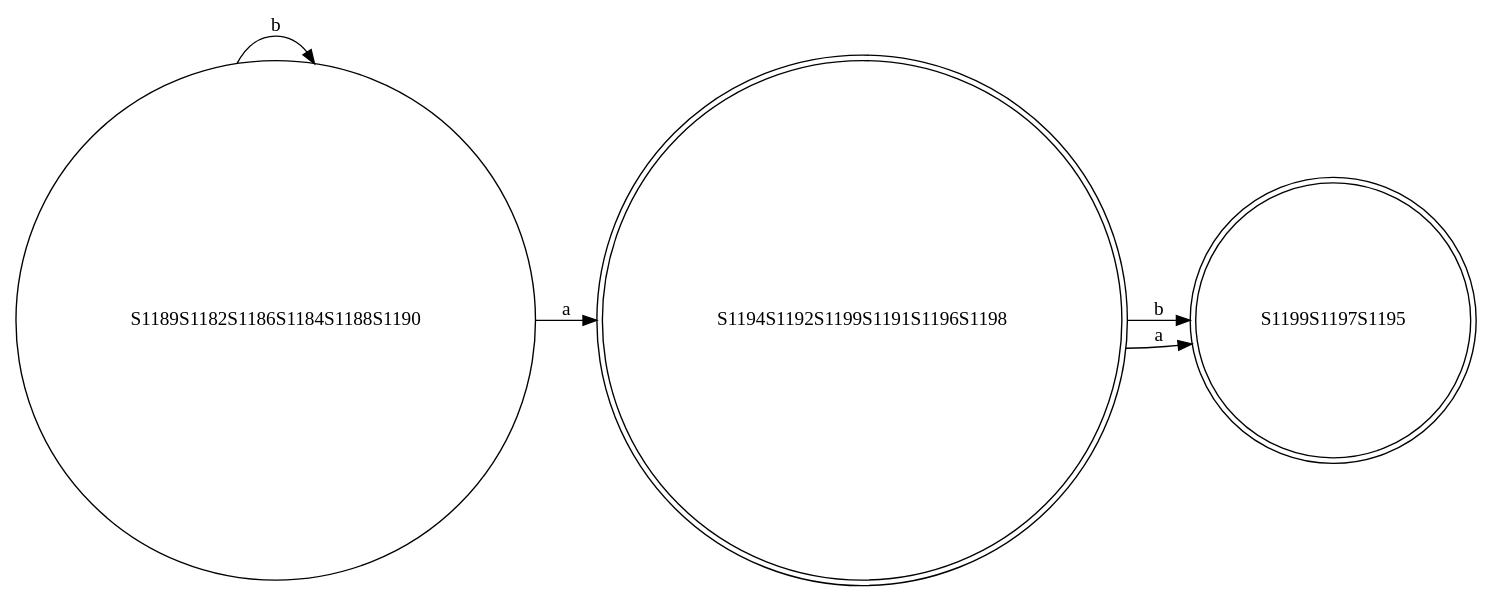
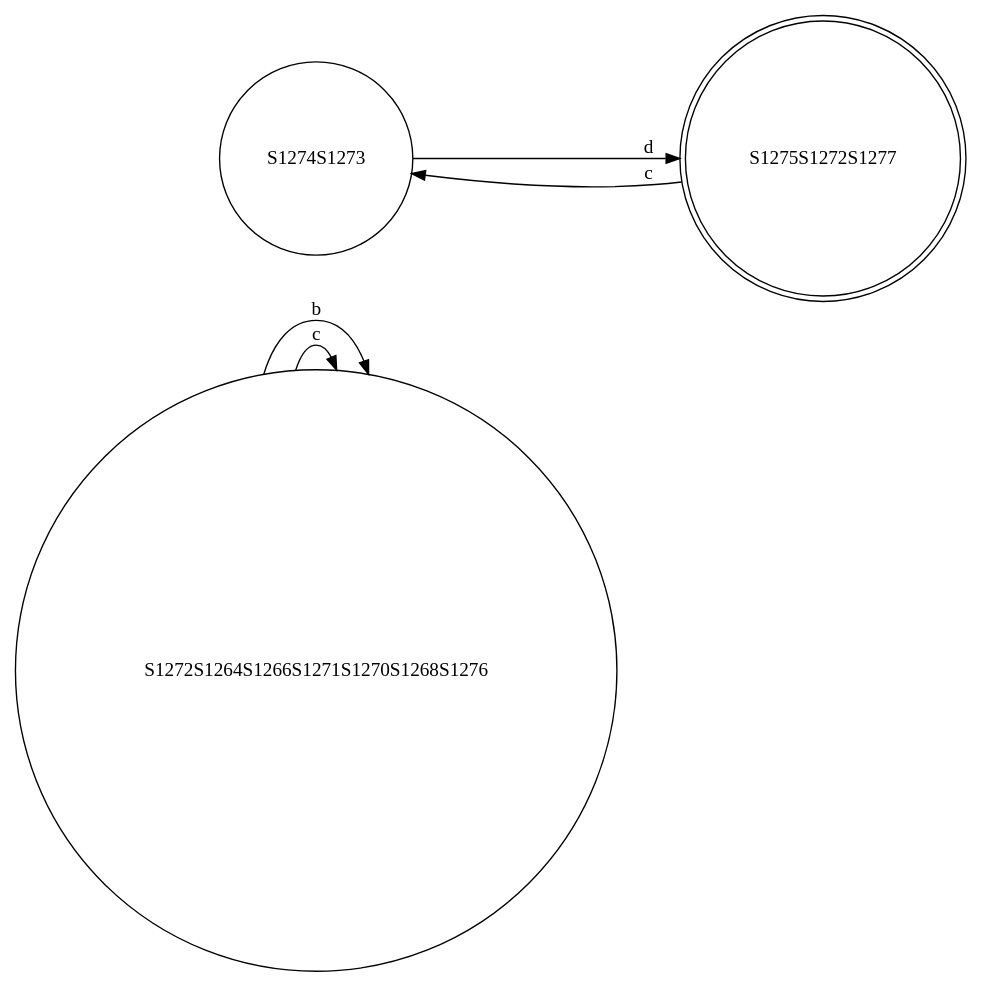
Before and after one commit to abdelazizSalah/RegExp_NFA_DFA_DFAMinimization: the diagram in finalCode/test-output/minimizedDFA.gv, drawn with Graphviz. The commit also changed 6 other files, not shown here.

```diff
--- a/finalCode/test-output/minimizedDFA.gv
+++ b/finalCode/test-output/minimizedDFA.gv
@@ -1,11 +1,11 @@
 // Minimized DFA graph
 digraph {
 	graph [rankdir=LR]
-	S1189S1182S1186S1184S1188S1190 [label=S1189S1182S1186S1184S1188S1190 shape=circle]
-	S1189S1182S1186S1184S1188S1190 -> S1194S1192S1199S1191S1196S1198 [label=a]
-	S1189S1182S1186S1184S1188S1190 -> S1189S1182S1186S1184S1188S1190 [label=b]
-	S1194S1192S1199S1191S1196S1198 [label=S1194S1192S1199S1191S1196S1198 shape=doublecircle]
-	S1194S1192S1199S1191S1196S1198 -> S1199S1197S1195 [label=b]
-	S1194S1192S1199S1191S1196S1198 -> S1199S1197S1195 [label=a]
-	S1199S1197S1195 [label=S1199S1197S1195 shape=doublecircle]
+	S1272S1264S1266S1271S1270S1268S1276 [label=S1272S1264S1266S1271S1270S1268S1276 shape=circle]
+	S1272S1264S1266S1271S1270S1268S1276 -> S1272S1264S1266S1271S1270S1268S1276 [label=c]
+	S1272S1264S1266S1271S1270S1268S1276 -> S1272S1264S1266S1271S1270S1268S1276 [label=b]
+	S1274S1273 [label=S1274S1273 shape=circle]
+	S1274S1273 -> S1275S1272S1277 [label=d]
+	S1275S1272S1277 [label=S1275S1272S1277 shape=doublecircle]
+	S1275S1272S1277 -> S1274S1273 [label=c]
 }
```
